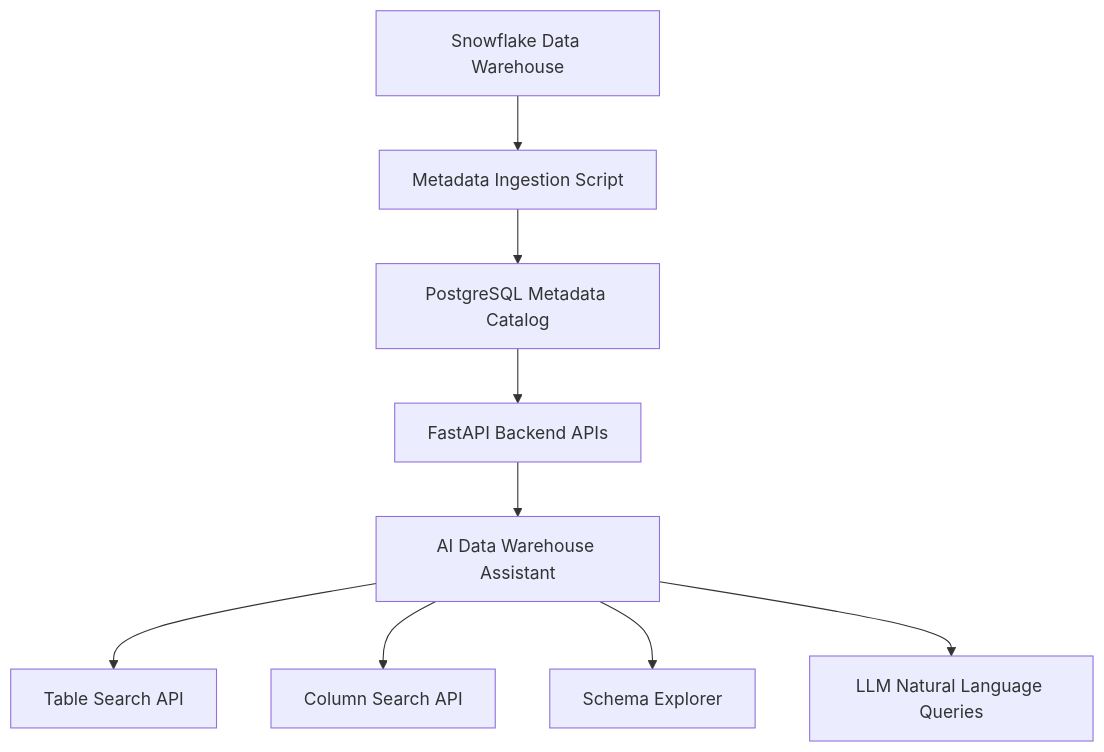
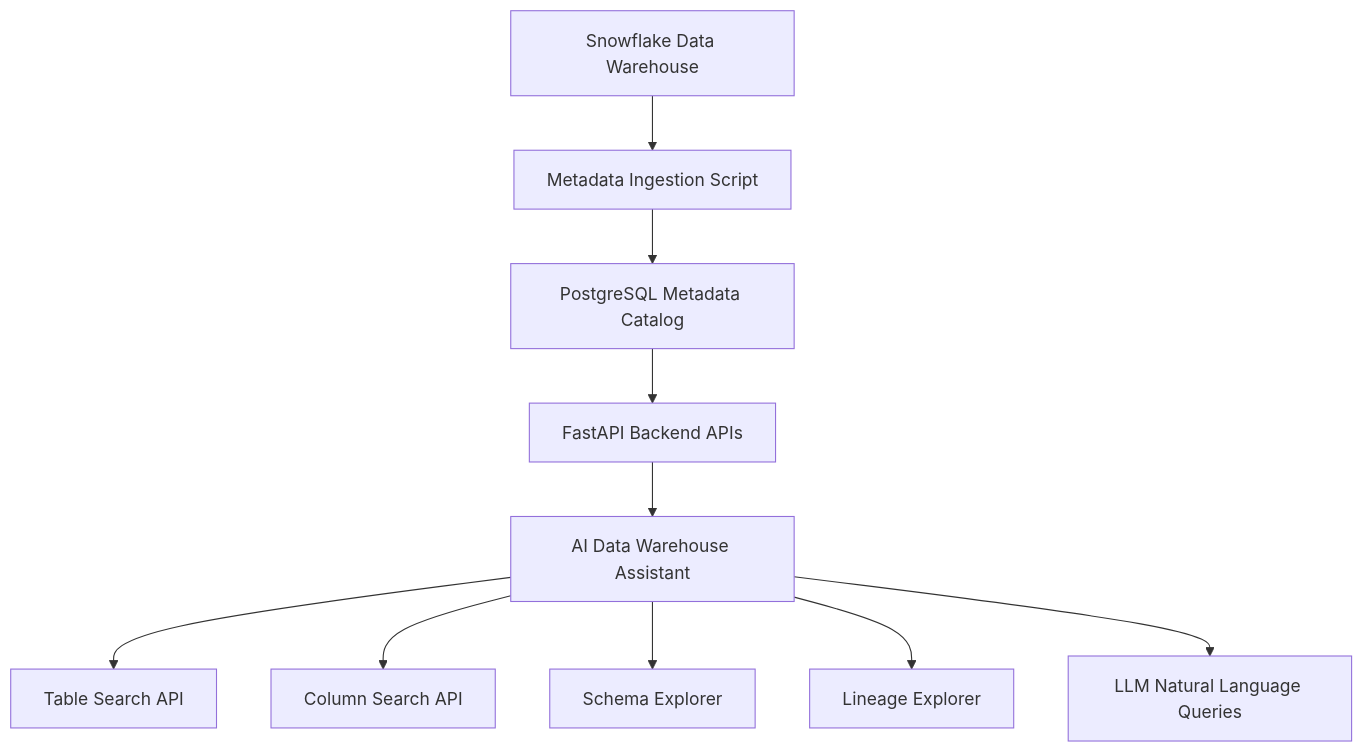
Before and after one commit to saidwh99/automated-data-warehouse-assistant: the diagram in README.md, drawn with Mermaid. The commit also changed other lines of this file, not shown here.

Commit message:
update README with lineage feature

````diff
--- a/README.md
+++ b/README.md
@@ -153,13 +145,14 @@
 ```mermaid
 flowchart TD
 
 A[Snowflake Data Warehouse] --> B[Metadata Ingestion Script]
 B --> C[PostgreSQL Metadata Catalog]
 C --> D[FastAPI Backend APIs]
 D --> E[AI Data Warehouse Assistant]
 
 E --> F[Table Search API]
 E --> G[Column Search API]
 E --> H[Schema Explorer]
-E --> I[LLM Natural Language Queries]
+E --> I[Lineage Explorer]
+E --> J[LLM Natural Language Queries]
 ```
````
